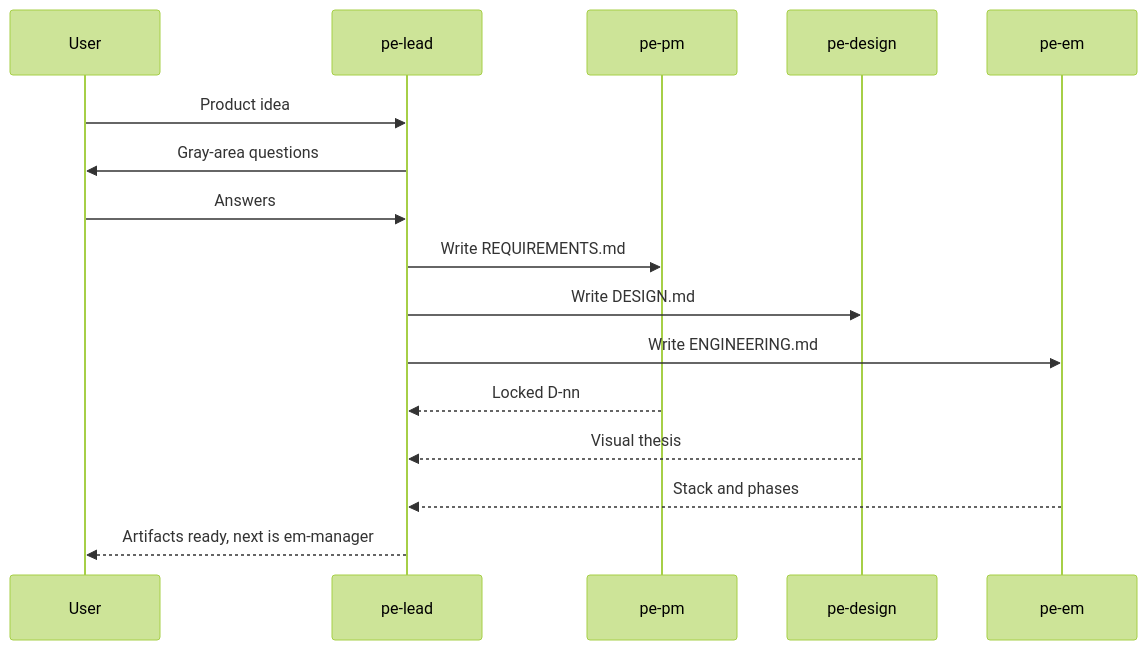
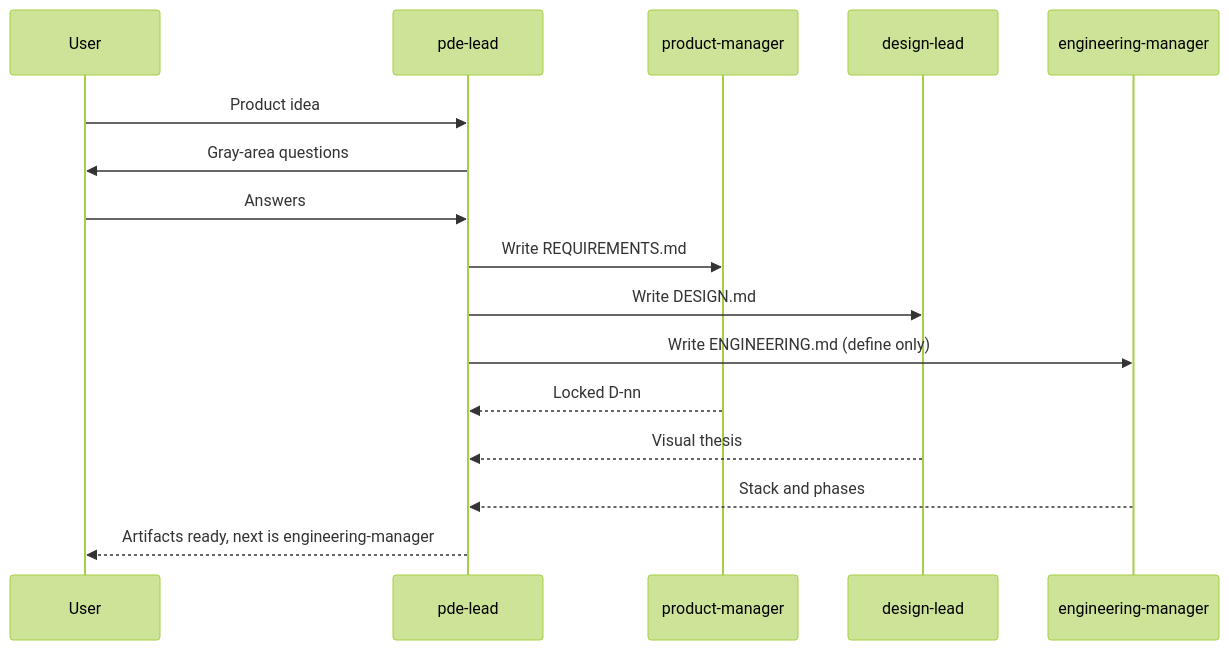
Before and after one commit to crafting-demo/agent-patterns: the first of 6 diagrams in README.md, drawn with Mermaid (forest theme). The commit also changed other lines of this file and 54 other files, not shown here.

````diff
--- a/README.md
+++ b/README.md
@@ -36,18 +36,18 @@
 ```mermaid
 sequenceDiagram
   participant User
-  participant Lead as pe-lead
-  participant PM as pe-pm
-  participant Design as pe-design
-  participant EM as pe-em
+  participant Lead as pde-lead
+  participant PM as product-manager
+  participant Design as design-lead
+  participant EM as engineering-manager
   User->>Lead: Product idea
   Lead->>User: Gray-area questions
   User->>Lead: Answers
   Lead->>PM: Write REQUIREMENTS.md
   Lead->>Design: Write DESIGN.md
-  Lead->>EM: Write ENGINEERING.md
+  Lead->>EM: Write ENGINEERING.md (define only)
   PM-->>Lead: Locked D-nn
   Design-->>Lead: Visual thesis
   EM-->>Lead: Stack and phases
-  Lead-->>User: Artifacts ready, next is em-manager
+  Lead-->>User: Artifacts ready, next is engineering-manager
 ```
````
